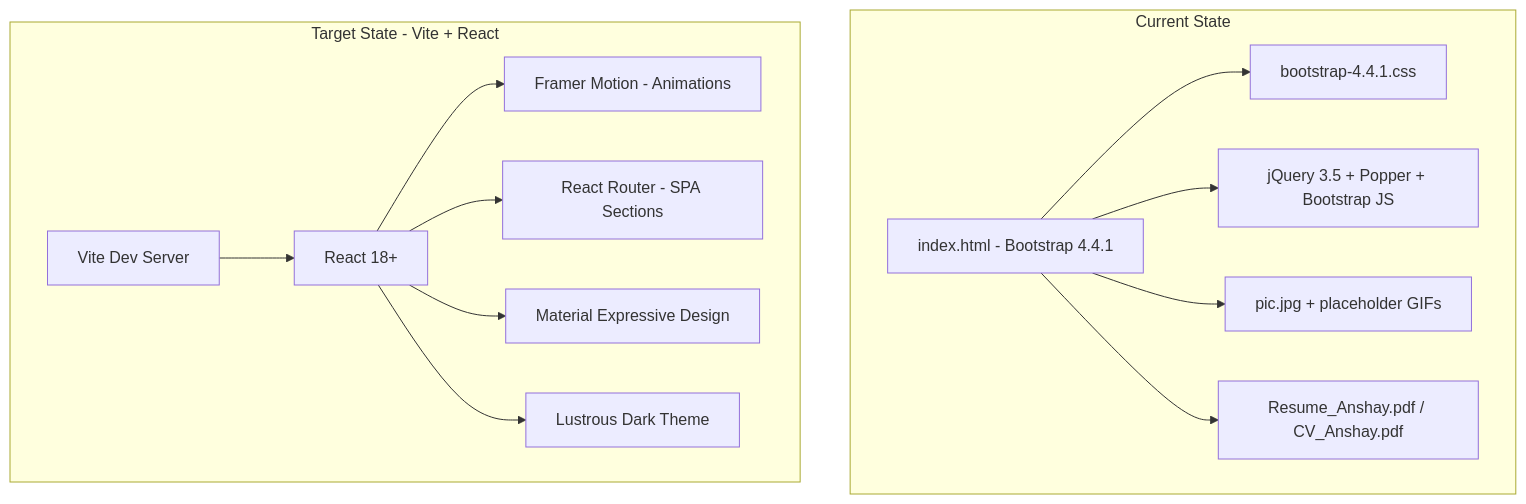
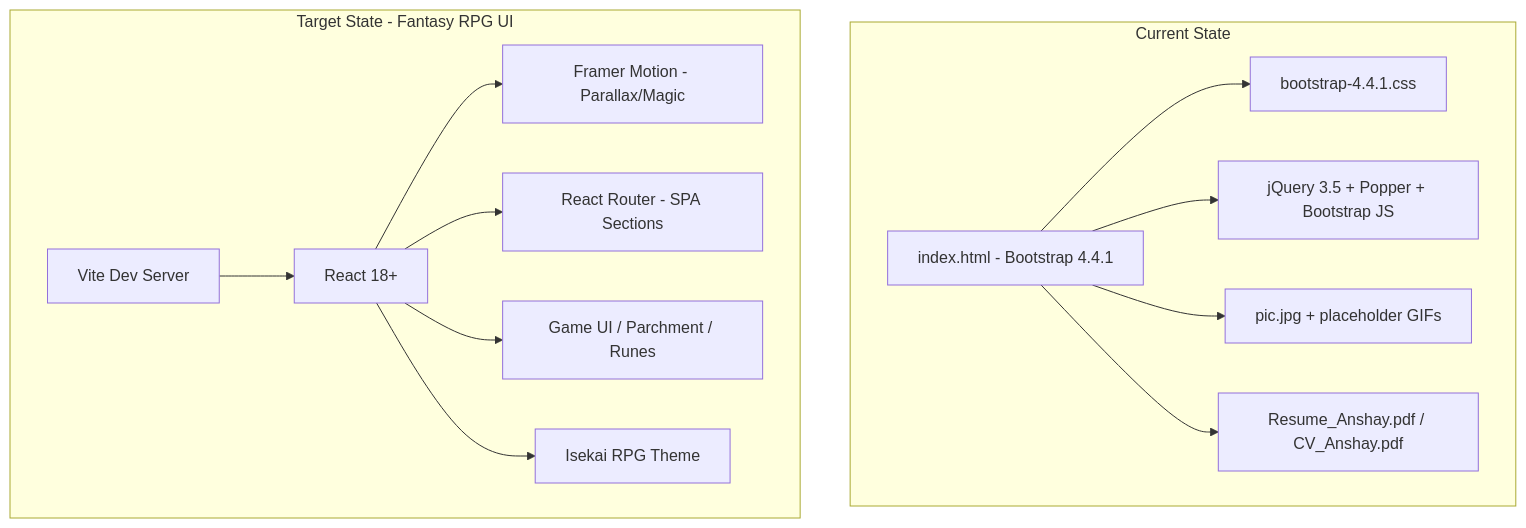
The diagram in docs/knowledge_graph.md (ANSHAY/anshay.github.io), drawn with Mermaid before and after one commit. The commit also changed other lines of this file and 2 other files, not shown here.

Commit message:
docs: remove outdated implementation plan, project data, and design system documentation

````diff
--- a/docs/knowledge_graph.md
+++ b/docs/knowledge_graph.md
@@ -8,18 +8,18 @@
 ```mermaid
 graph TD
     subgraph "Current State"
         OLD[index.html - Bootstrap 4.4.1]
         OLD --> CSS_OLD[bootstrap-4.4.1.css]
         OLD --> JS_OLD[jQuery 3.5 + Popper + Bootstrap JS]
         OLD --> IMG[pic.jpg + placeholder GIFs]
         OLD --> RESUME[Resume_Anshay.pdf / CV_Anshay.pdf]
     end
 
-    subgraph "Target State - Vite + React"
+    subgraph "Target State - Fantasy RPG UI"
         VITE[Vite Dev Server] --> REACT[React 18+]
-        REACT --> FM[Framer Motion - Animations]
+        REACT --> FM[Framer Motion - Parallax/Magic]
         REACT --> ROUTER[React Router - SPA Sections]
-        REACT --> DESIGN[Material Expressive Design]
-        REACT --> THEME[Lustrous Dark Theme]
+        REACT --> DESIGN[Game UI / Parchment / Runes]
+        REACT --> THEME[Isekai RPG Theme]
     end
 ```
````
